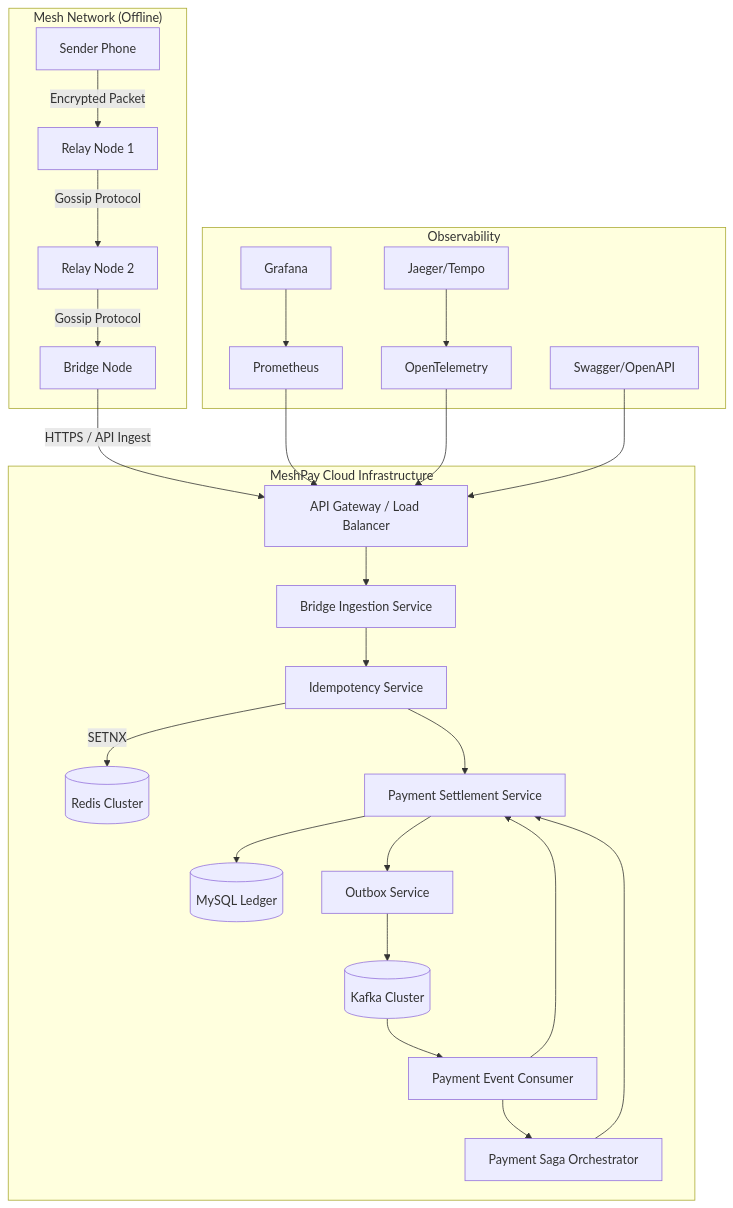
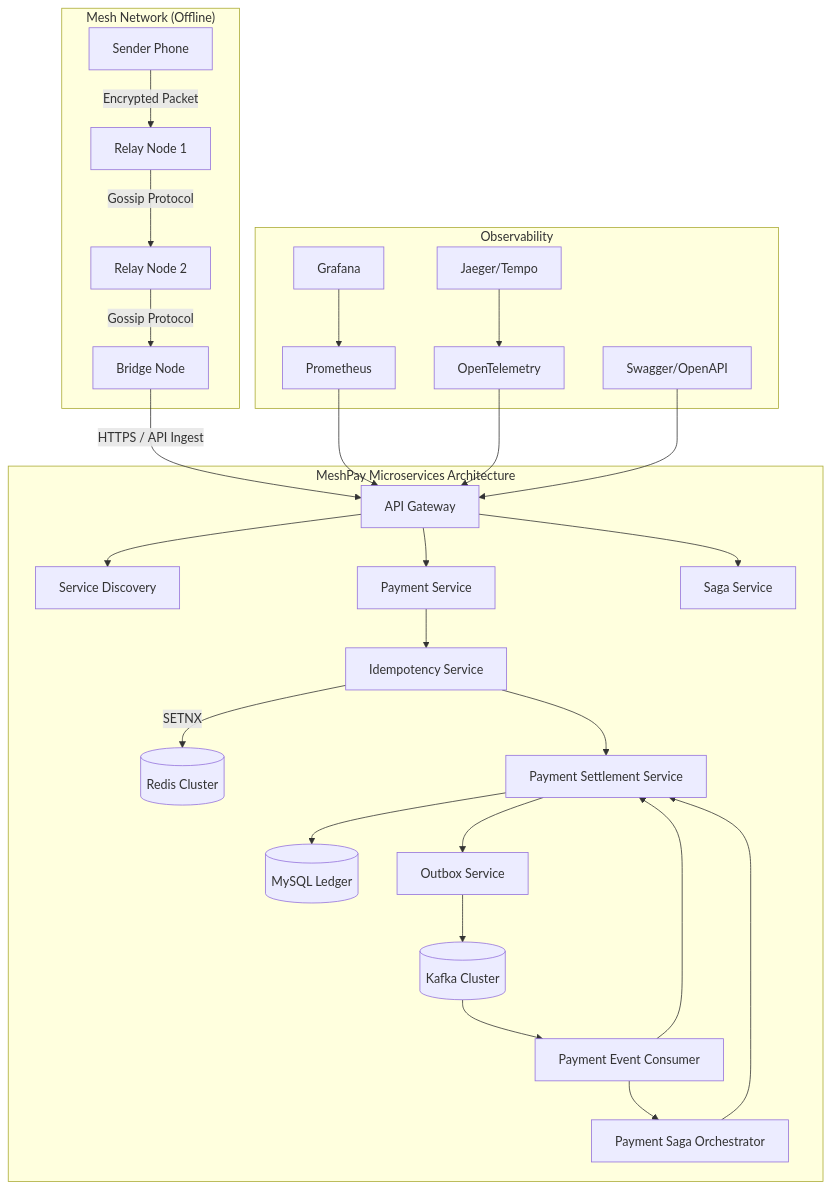
The diagram in README.md (aryangaikwad-966/MeshPay-Distributed-Offline-Payment-Infrastructure), drawn with Mermaid before and after one commit. The commit also changed other lines of this file and 37 other files, not shown here.

First line of the commit message:
refactor: decouple Saga from Payment Service via Kafka commands

````diff
--- a/README.md
+++ b/README.md
@@ -28,31 +28,33 @@
 ```mermaid
 graph TD
     subgraph "Mesh Network (Offline)"
         A[Sender Phone] -- "Encrypted Packet" --> B[Relay Node 1]
         B -- "Gossip Protocol" --> C[Relay Node 2]
         C -- "Gossip Protocol" --> D[Bridge Node]
     end
 
-    subgraph "MeshPay Cloud Infrastructure"
-        D -- "HTTPS / API Ingest" --> E[API Gateway / Load Balancer]
-        E --> F[Bridge Ingestion Service]
-        F --> G[Idempotency Service]
-        G -- "SETNX" --> H[(Redis Cluster)]
-        G --> I[Payment Settlement Service]
-        I --> J[(MySQL Ledger)]
-        I --> K[Outbox Service]
-        K --> L[(Kafka Cluster)]
-        L --> M[Payment Event Consumer]
-        M --> I
-        M --> N[Payment Saga Orchestrator]
-        N --> I
+    subgraph "MeshPay Microservices Architecture"
+        D -- "HTTPS / API Ingest" --> E[API Gateway]
+        E --> F[Service Discovery]
+        E --> G[Payment Service]
+        E --> H[Saga Service]
+        G --> I[Idempotency Service]
+        I -- "SETNX" --> J[(Redis Cluster)]
+        I --> K[Payment Settlement Service]
+        K --> L[(MySQL Ledger)]
+        K --> M[Outbox Service]
+        M --> N[(Kafka Cluster)]
+        N --> O[Payment Event Consumer]
+        O --> K
+        O --> P[Payment Saga Orchestrator]
+        P --> K
     end
 
     subgraph "Observability"
-        O[Prometheus] --> E
-        P[Grafana] --> O
-        Q[OpenTelemetry] --> E
-        R[Jaeger/Tempo] --> Q
-        S[Swagger/OpenAPI] --> E
+        Q[Prometheus] --> E
+        R[Grafana] --> Q
+        S[OpenTelemetry] --> E
+        T[Jaeger/Tempo] --> S
+        U[Swagger/OpenAPI] --> E
     end
 ```
````
